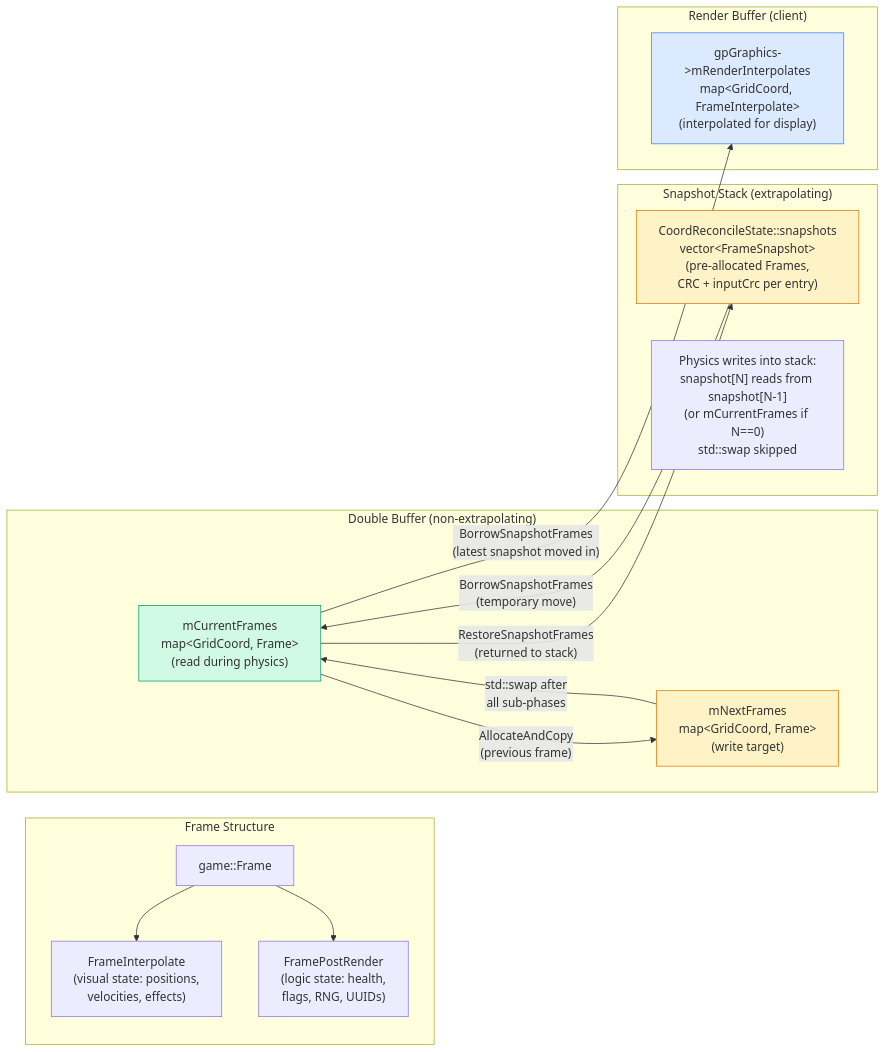
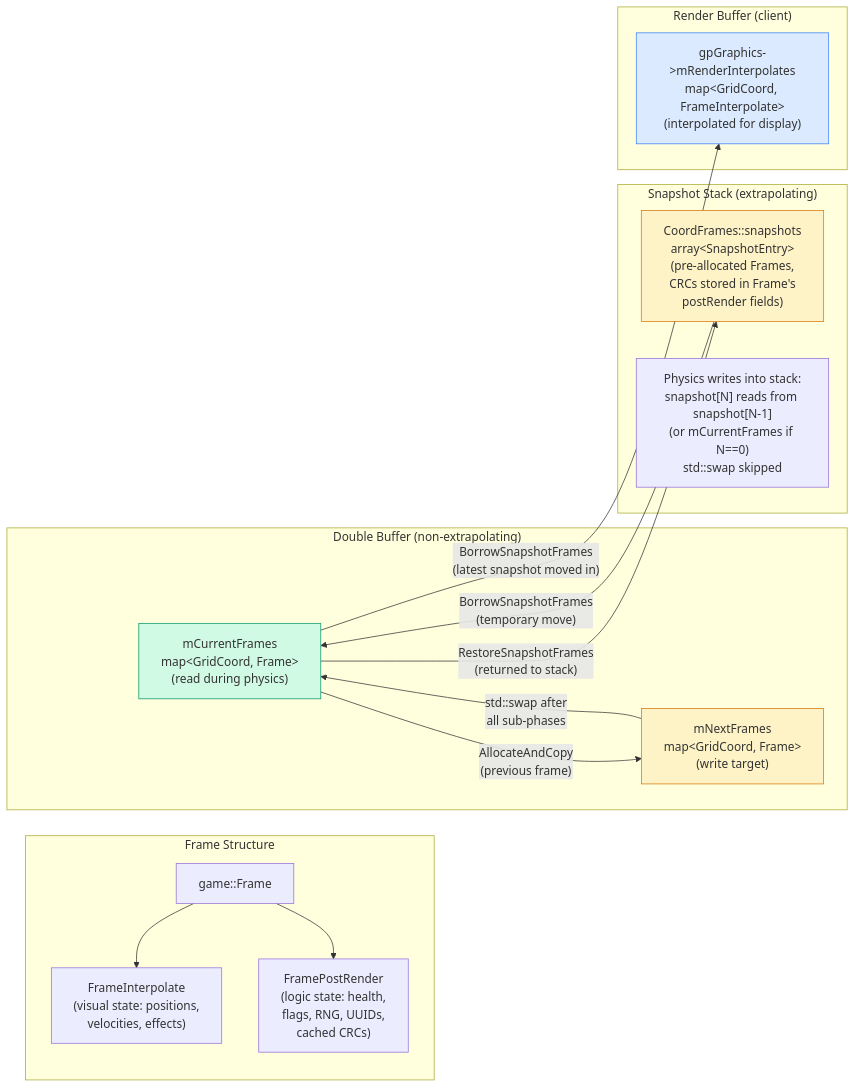
Before and after one commit to DougTanner/BrokenEnginePublic: the fourth of 5 diagrams in Documents/Architecture/FrameUpdatePipeline.md, drawn with Mermaid. The commit also changed other lines of this file and 151 other files, not shown here.

````diff
--- a/Documents/Architecture/FrameUpdatePipeline.md
+++ b/Documents/Architecture/FrameUpdatePipeline.md
@@ -145,35 +145,35 @@
 ```mermaid
 %%{init: {'theme': 'default'}}%%
 flowchart LR
     classDef current fill:#d1fae5,stroke:#059669
     classDef next fill:#fef3c7,stroke:#d97706
     classDef render fill:#dbeafe,stroke:#3b82f6
 
     subgraph frame_struct ["Frame Structure"]
         frame["game::Frame"]
         fi["FrameInterpolate<br/>(visual state: positions,<br/>velocities, effects)"]
-        fpr["FramePostRender<br/>(logic state: health,<br/>flags, RNG, UUIDs)"]
+        fpr["FramePostRender<br/>(logic state: health,<br/>flags, RNG, UUIDs,<br/>cached CRCs)"]
         frame --> fi
         frame --> fpr
     end
 
     subgraph buffers ["Double Buffer (non-extrapolating)"]
         current["mCurrentFrames<br/>map&lt;GridCoord, Frame&gt;<br/>(read during physics)"]:::current
         next_buf["mNextFrames<br/>map&lt;GridCoord, Frame&gt;<br/>(write target)"]:::next
     end
 
     subgraph snapshot_buf ["Snapshot Stack (extrapolating)"]
-        snap_stack["CoordReconcileState::snapshots<br/>vector&lt;FrameSnapshot&gt;<br/>(pre-allocated Frames,<br/>CRC + inputCrc per entry)"]:::next
+        snap_stack["CoordFrames::snapshots<br/>array&lt;SnapshotEntry&gt;<br/>(pre-allocated Frames,<br/>CRCs stored in Frame's<br/>postRender fields)"]:::next
         snap_note["Physics writes into stack:<br/>snapshot[N] reads from snapshot[N-1]<br/>(or mCurrentFrames if N==0)<br/>std::swap skipped"]
     end
 
     subgraph render_buf ["Render Buffer (client)"]
         render_interp["gpGraphics->mRenderInterpolates<br/>map&lt;GridCoord, FrameInterpolate&gt;<br/>(interpolated for display)"]:::render
     end
 
     current -->|"AllocateAndCopy<br/>(previous frame)"| next_buf
     next_buf -->|"std::swap after<br/>all sub-phases"| current
     current -->|"BorrowSnapshotFrames<br/>(latest snapshot moved in)"| render_interp
     snap_stack -->|"BorrowSnapshotFrames<br/>(temporary move)"| current
     current -->|"RestoreSnapshotFrames<br/>(returned to stack)"| snap_stack
 ```
````
